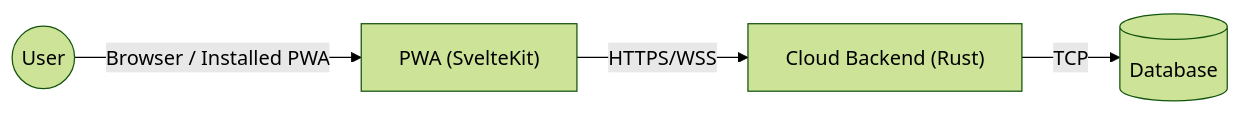
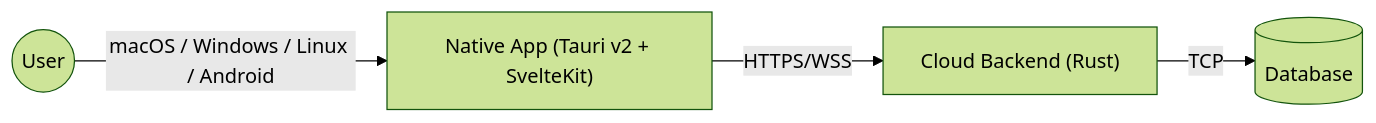
The diagram in doc/docs/architecture/overview.md (francesco-gaglione/focus_flow_cloud), drawn with Mermaid (forest theme) before and after one commit. The commit also changed other lines of this file and 177 other files, not shown here.

````diff
--- a/doc/docs/architecture/overview.md
+++ b/doc/docs/architecture/overview.md
@@ -18,11 +18,11 @@
 ```mermaid
 graph LR
     User((User))
-    PWA["PWA (SvelteKit)"]
+    App["Native App (Tauri v2 + SvelteKit)"]
     Back["Cloud Backend (Rust)"]
     DB[(Database)]
 
-    User -- Browser / Installed PWA --> PWA
-    PWA -- HTTPS/WSS --> Back
+    User -- macOS / Windows / Linux / Android --> App
+    App -- HTTPS/WSS --> Back
     Back -- TCP --> DB
 ```
````
